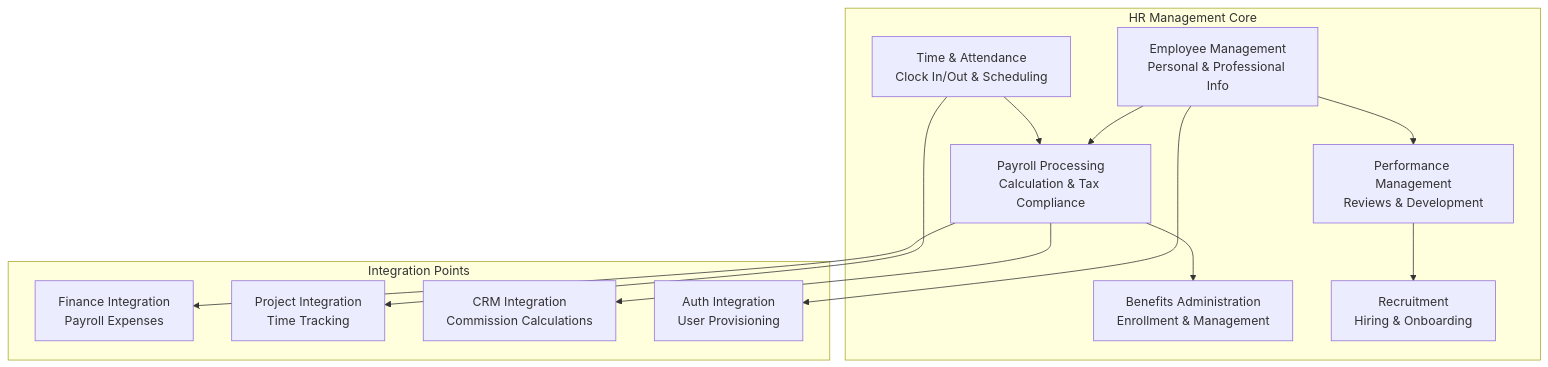
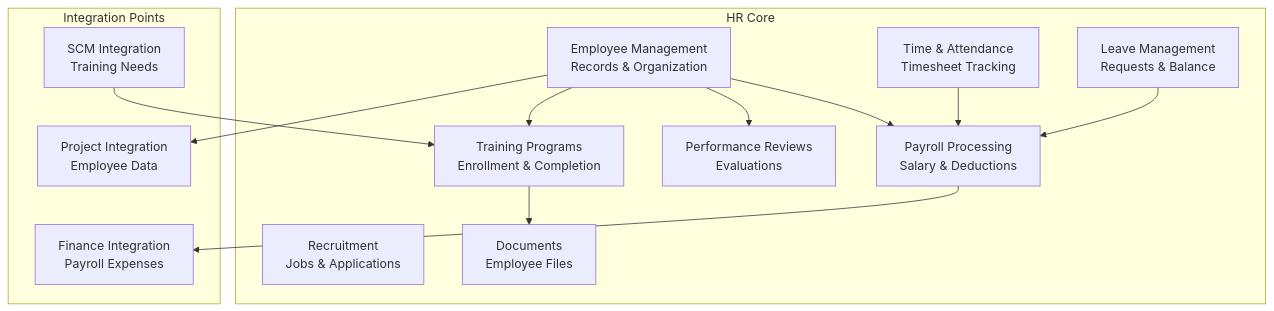
One commit to barbarnyarnyar/erp-system changed the diagram in documentation/modules/human-resources/README.md. Above: the diagram before and after it, drawn with Mermaid. The commit also changed other lines of this file and 17 other files, not shown here.

````diff
--- a/documentation/modules/human-resources/README.md
+++ b/documentation/modules/human-resources/README.md
@@ -7,29 +7,29 @@
 ```mermaid
 graph TB
-    subgraph "HR Management Core"
-        EMP[Employee Management<br/>Personal & Professional Info]
-        PAY[Payroll Processing<br/>Calculation & Tax Compliance]
-        TIME[Time & Attendance<br/>Clock In/Out & Scheduling]
-        BEN[Benefits Administration<br/>Enrollment & Management]
-        PERF[Performance Management<br/>Reviews & Development]
-        REC[Recruitment<br/>Hiring & Onboarding]
+    subgraph "HR Core"
+        EMP[Employee Management<br/>Records & Organization]
+        PAY[Payroll Processing<br/>Salary & Deductions]
+        TIME[Time & Attendance<br/>Timesheet Tracking]
+        LEAVE[Leave Management<br/>Requests & Balance]
+        REC[Recruitment<br/>Jobs & Applications]
+        PERF[Performance Reviews<br/>Evaluations]
+        TRN[Training Programs<br/>Enrollment & Completion]
+        DOC[Documents<br/>Employee Files]
     end
-    
+
     subgraph "Integration Points"
-        FIN_INT[Finance Integration<br/>Payroll Expenses]
-        PM_INT[Project Integration<br/>Time Tracking]
-        CRM_INT[CRM Integration<br/>Commission Calculations]
-        AUTH_INT[Auth Integration<br/>User Provisioning]
+        FM_INT[Finance Integration<br/>Payroll Expenses]
+        PM_INT[Project Integration<br/>Employee Data]
+        SCM_INT[SCM Integration<br/>Training Needs]
     end
-    
+
     EMP --> PAY
     TIME --> PAY
-    PAY --> BEN
+    LEAVE --> PAY
     EMP --> PERF
-    PERF --> REC
-    
-    PAY --> FIN_INT
-    TIME --> PM_INT
-    EMP --> AUTH_INT
-    PAY --> CRM_INT
+    EMP --> TRN
+    PAY --> FM_INT
+    EMP --> PM_INT
+    TRN --> DOC
+    SCM_INT --> TRN
 ```
````
